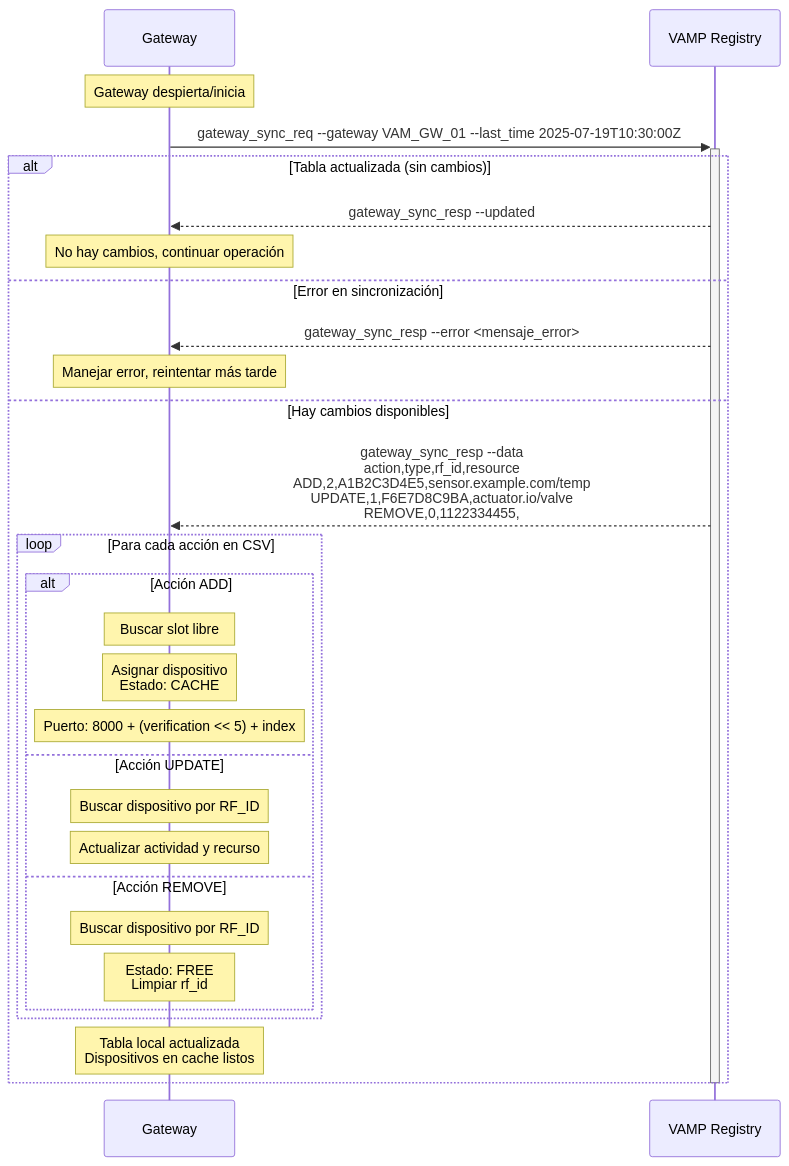
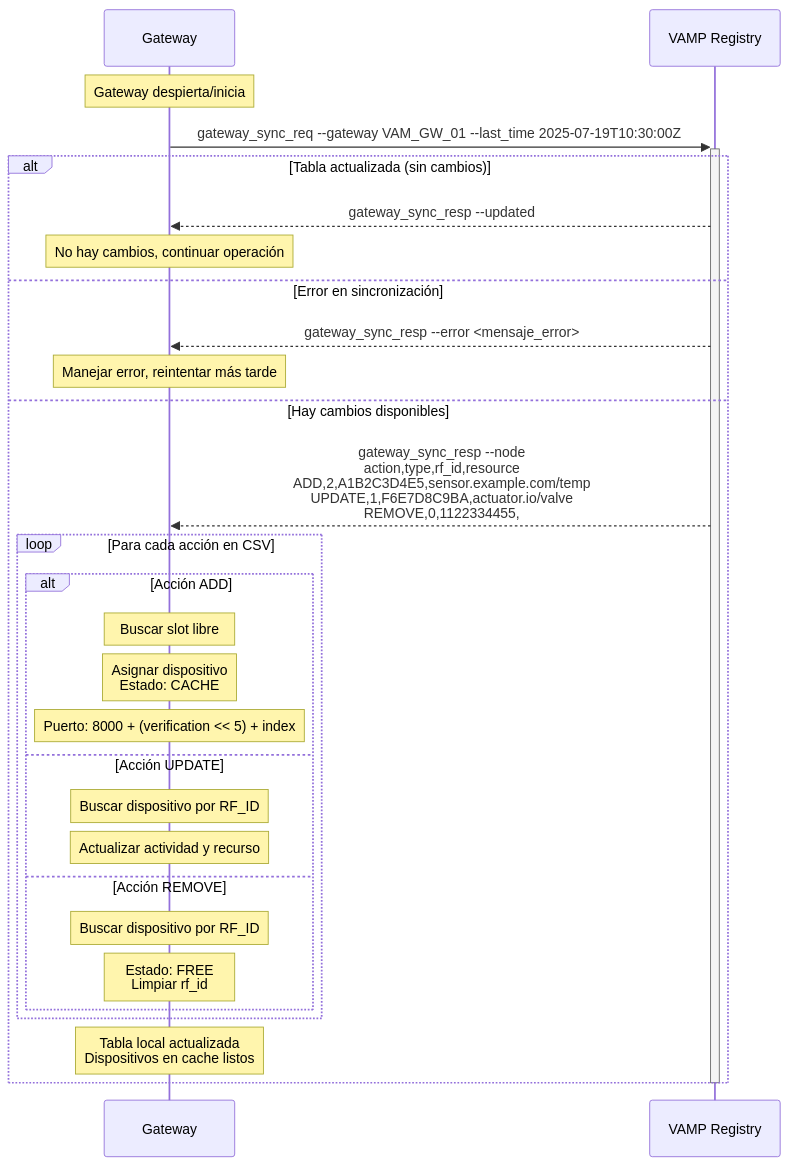
The diagram in README.md (aidoocu/vamp), drawn with Mermaid before and after one commit. The commit also changed other lines of this file and 4 other files, not shown here.

Commit message:
change de --data a --node

````diff
--- a/README.md
+++ b/README.md
@@ -1032,36 +1032,36 @@
 ```mermaid
 sequenceDiagram
     participant GW as Gateway
     participant VREG as VAMP Registry
     
     Note over GW: Gateway despierta/inicia
     GW->>+VREG: gateway_sync_req --gateway VAM_GW_01 --last_time 2025-07-19T10:30:00Z
     
     alt Tabla actualizada (sin cambios)
         VREG-->>GW: gateway_sync_resp --updated
         Note over GW: No hay cambios, continuar operación
     else Error en sincronización
         VREG-->>GW: gateway_sync_resp --error <mensaje_error>
         Note over GW: Manejar error, reintentar más tarde
     else Hay cambios disponibles
-        VREG-->>GW: gateway_sync_resp --data<br/>action,type,rf_id,resource<br/>ADD,2,A1B2C3D4E5,sensor.example.com/temp<br/>UPDATE,1,F6E7D8C9BA,actuator.io/valve<br/>REMOVE,0,1122334455,
+        VREG-->>GW: gateway_sync_resp --node<br/>action,type,rf_id,resource<br/>ADD,2,A1B2C3D4E5,sensor.example.com/temp<br/>UPDATE,1,F6E7D8C9BA,actuator.io/valve<br/>REMOVE,0,1122334455,
         
         loop Para cada acción en CSV
             alt Acción ADD
                 Note over GW: Buscar slot libre
                 Note over GW: Asignar dispositivo<br/>Estado: CACHE
                 Note over GW: Puerto: 8000 + (verification << 5) + index
             else Acción UPDATE
                 Note over GW: Buscar dispositivo por RF_ID
                 Note over GW: Actualizar actividad y recurso
             else Acción REMOVE
                 Note over GW: Buscar dispositivo por RF_ID
                 Note over GW: Estado: FREE<br/>Limpiar rf_id
             end
         end
         
         Note over GW: Tabla local actualizada<br/>Dispositivos en cache listos
     end
     
     deactivate VREG
 ```
````
